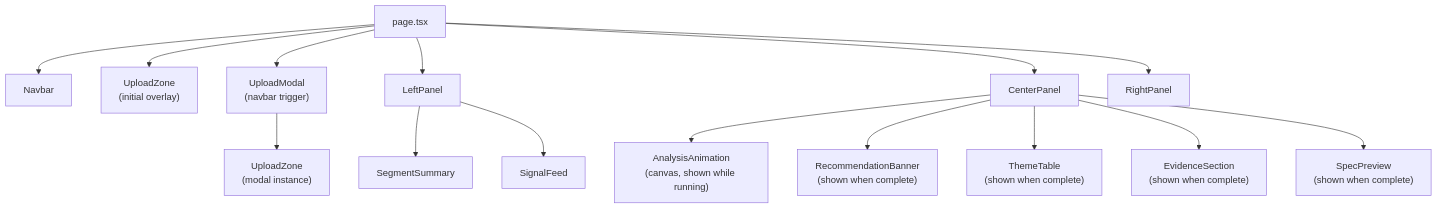
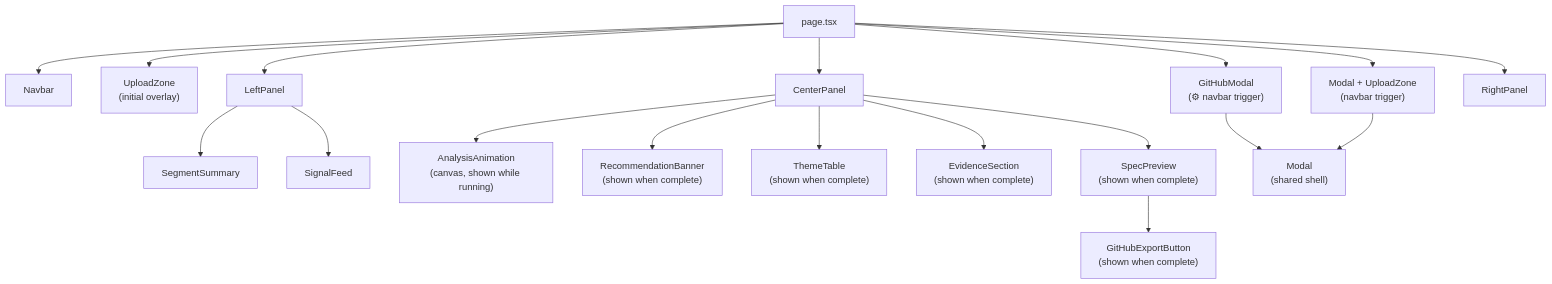
The seventh of 12 diagrams in ARCHITECTURE.md (Raptors65/vector), drawn with Mermaid before and after one commit. The commit also changed other lines of this file and 8 other files, not shown here.

````diff
--- a/ARCHITECTURE.md
+++ b/ARCHITECTURE.md
@@ -171,22 +183,25 @@
 ```mermaid
 graph TD
     Page["page.tsx"]
 
     Page --> Navbar
     Page --> UploadZone_Initial["UploadZone<br/>(initial overlay)"]
-    Page --> UploadModal["UploadModal<br/>(navbar trigger)"]
+    Page --> UploadModal["Modal + UploadZone<br/>(navbar trigger)"]
+    Page --> GitHubModal["GitHubModal<br/>(⚙ navbar trigger)"]
     Page --> LeftPanel
     Page --> CenterPanel
     Page --> RightPanel
 
     LeftPanel --> SegmentSummary
     LeftPanel --> SignalFeed
 
     CenterPanel --> AnalysisAnimation["AnalysisAnimation<br/>(canvas, shown while running)"]
     CenterPanel --> RecommendationBanner["RecommendationBanner<br/>(shown when complete)"]
     CenterPanel --> ThemeTable["ThemeTable<br/>(shown when complete)"]
     CenterPanel --> EvidenceSection["EvidenceSection<br/>(shown when complete)"]
     CenterPanel --> SpecPreview["SpecPreview<br/>(shown when complete)"]
 
-    UploadModal --> UploadZone_Modal["UploadZone<br/>(modal instance)"]
+    SpecPreview --> GitHubExportButton["GitHubExportButton<br/>(shown when complete)"]
+    GitHubModal --> Modal["Modal<br/>(shared shell)"]
+    UploadModal --> Modal
 ```
````
